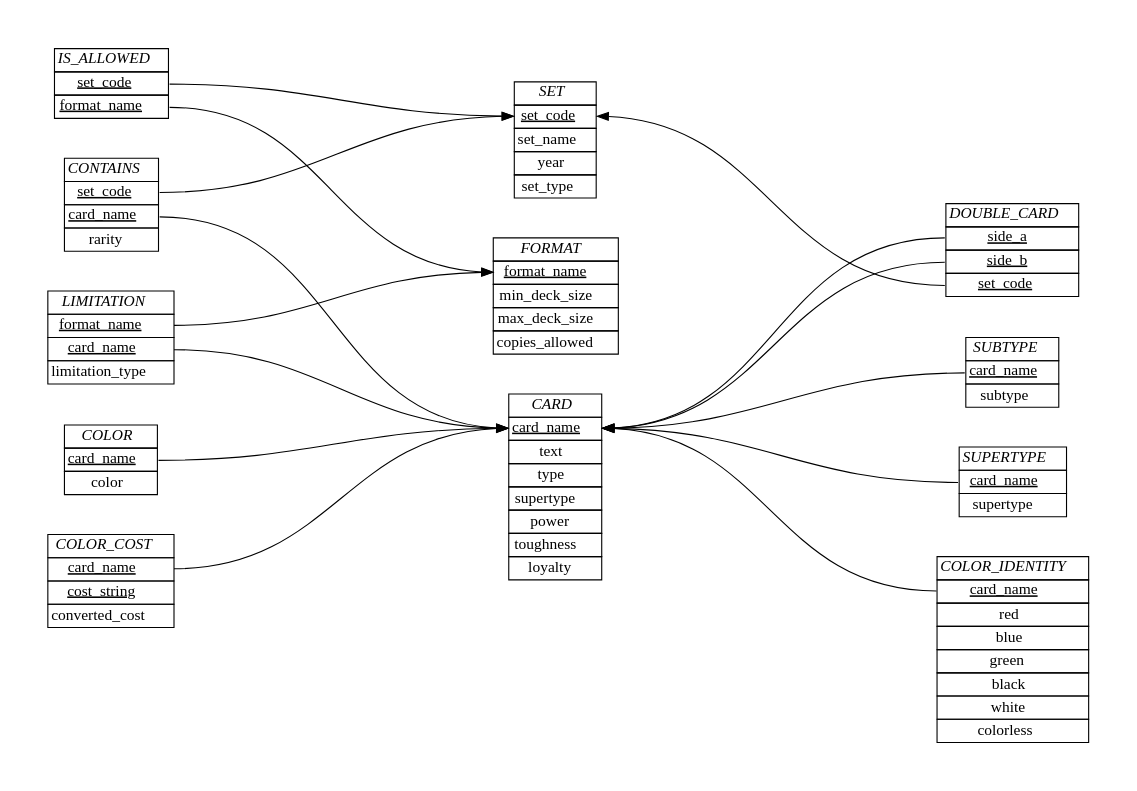
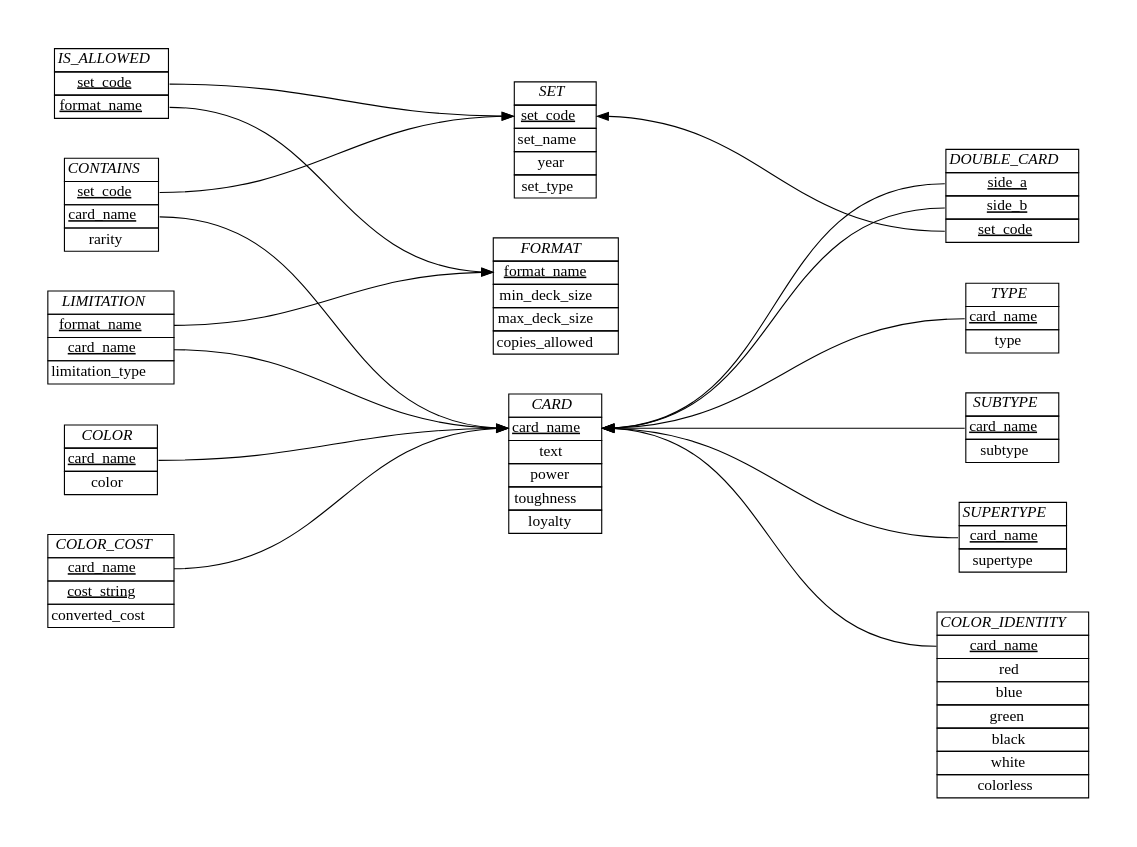
The diagram in schema/ER_diagram.dot (akilmarshall/trumark), drawn with Graphviz before and after one commit. The commit also changed 6 other files, not shown here.

Commit message:
turned the type attribute into its own table

```diff
--- a/schema/ER_diagram.dot
+++ b/schema/ER_diagram.dot
@@ -1,132 +1,139 @@
 digraph {
     graph [splines=true, pad="0.5", nodesep="0.5", ranksep="4"];
     node [shape=plain];
     rankdir=LR; 
 
     Format [label=<
         <table border="0" cellborder="1" cellspacing="0">
         <tr><td><i>FORMAT</i></td></tr>
         <tr><td port="1"><u>format_name</u></td></tr>
         <tr><td port="2">min_deck_size</td></tr>
         <tr><td port="3">max_deck_size</td></tr>
         <tr><td port="4">copies_allowed</td></tr>
         </table>>];
 
     Set [label=<
         <table border="0" cellborder="1" cellspacing="0">
         <tr><td><i>SET</i></td></tr>
         <tr><td port="1"><u><font color="black">set_code</font></u></td></tr>
         <tr><td port="2"><font color="black">set_name</font></td></tr>
         <tr><td port="3">year</td></tr>
         <tr><td port="4">set_type</td></tr>
         </table>>];
 
     Card [label=<
         <table border="0" cellborder="1" cellspacing="0">
         <tr><td><i>CARD</i></td></tr>
         <tr><td port="1"><u><font color="black">card_name</font></u></td></tr>
         <tr><td port="2">text</td></tr>
-        <tr><td port="4">type</td></tr>
-        <tr><td port="5">supertype</td></tr>
-        <tr><td port="6">power</td></tr>
-        <tr><td port="7">toughness</td></tr>
-        <tr><td port="8">loyalty</td></tr>
+        <tr><td port="3">power</td></tr>
+        <tr><td port="4">toughness</td></tr>
+        <tr><td port="5">loyalty</td></tr>
         </table>>];
 
     Contains [label=<
         <table border="0" cellborder="1" cellspacing="0">
         <tr><td><i>CONTAINS</i></td></tr>
         <tr><td port="1"><u>set_code</u></td></tr>
         <tr><td port="2"><u>card_name</u></td></tr>
         <tr><td port="3">rarity</td></tr>
         </table>>];
 
     Is_allowed [label=<
         <table border="0" cellborder="1" cellspacing="0">
         <tr><td><i>IS_ALLOWED</i></td></tr>
         <tr><td port="1"><u>set_code</u></td></tr>
         <tr><td port="2"><u>format_name</u></td></tr>
         </table>>];
 
     Double_card [label=<
         <table border="0" cellborder="1" cellspacing="0">
         <tr><td><i>DOUBLE_CARD</i></td></tr>
         <tr><td port="1"><u>side_a</u></td></tr>
         <tr><td port="2"><u>side_b</u></td></tr>
         <tr><td port="3"><u>set_code</u></td></tr>
         </table>>];
 
     Limitation [label=< <table border="0" cellborder="1" cellspacing="0">
     <tr><td><i>LIMITATION</i></td></tr>
     <tr><td port="1"><u>format_name</u></td></tr>
     <tr><td port="2"><u>card_name</u></td></tr>
     <tr><td port="3">limitation_type</td></tr>
     </table>>];
+
+    Type [label=<
+        <table border="0" cellborder="1" cellspacing="0">
+        <tr><td><i>TYPE</i></td></tr>
+        <tr><td port="1"><u>card_name</u></td></tr>
+        <tr><td port="2">type</td></tr>
+        </table>>];
 
     Subtype [label=<
         <table border="0" cellborder="1" cellspacing="0">
         <tr><td><i>SUBTYPE</i></td></tr>
         <tr><td port="1"><u>card_name</u></td></tr>
         <tr><td port="2">subtype</td></tr>
         </table>>];
 
     Supertype [label=<
         <table border="0" cellborder="1" cellspacing="0">
         <tr><td><i>SUPERTYPE</i></td></tr>
         <tr><td port="1"><u>card_name</u></td></tr>
         <tr><td port="2">supertype</td></tr>
         </table>>];
 
     Color_identity [label=<
         <table border="0" cellborder="1" cellspacing="0">
         <tr><td><i>COLOR_IDENTITY</i></td></tr>
         <tr><td port="1"><u>card_name</u></td></tr>
         <tr><td port="2">red</td></tr>
         <tr><td port="3">blue</td></tr>
         <tr><td port="4">green</td></tr>
         <tr><td port="5">black</td></tr>
         <tr><td port="6">white</td></tr>
         <tr><td port="7">colorless</td></tr>
         </table>>];
 
     Color_cost [label=<
         <table border="0" cellborder="1" cellspacing="0">
         <tr><td><i>COLOR_COST</i></td></tr>
         <tr><td port="1"><u>card_name</u></td></tr>
         <tr><td port="2"><u>cost_string</u></td></tr>
         <tr><td port="9">converted_cost</td></tr>
         </table>>];
 
     Color [label=<
         <table border="0" cellborder="1" cellspacing="0">
         <tr><td><i>COLOR</i></td></tr>
         <tr><td port="1"><u>card_name</u></td></tr>
         <tr><td port="2">color</td></tr>
         </table>>];
 
     Is_allowed:1 -> Set:1 [color=black];
     Is_allowed:2 -> Format:1;
 
     Contains:1 -> Set:1 [color=black];
     Contains:2 -> Card:1;
 
     Limitation:1 -> Format:1;
     Limitation:2 -> Card:1;
 
     Color:1 -> Card:1;
 
     Color_cost:1 -> Card:1;
 
     edge [dir="back"];
 
     Card:1 -> Double_card:1;
     Card:1 -> Double_card:2;
     Set:1 -> Double_card:3;
 
 
-    Card:1 -> Subtype:1 ;
+    Card:1 -> Subtype:1;
+
+    Card:1 -> Type:1;
 
     Card:1 -> Supertype:1 ;
 
     Card:1 -> Color_identity:1;
 }
```
